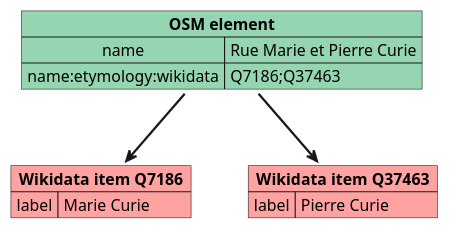
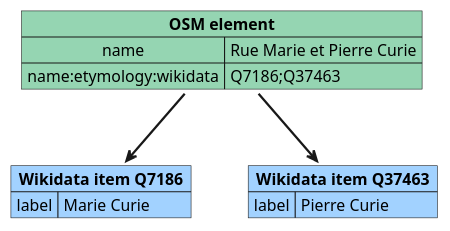
The diagram in images/data/osm_name_etymology.plantuml (Danysan1/osm-wikidata-map-framework), drawn with PlantUML before and after one commit. The commit also changed 29 other files, not shown here.

```diff
--- a/images/data/osm_name_etymology.plantuml
+++ b/images/data/osm_name_etymology.plantuml
@@ -1,18 +1,18 @@
 @startuml osm_name_etymology
 
 map "**OSM element**" as osmc #95d5b2 {
   name => Rue Marie et Pierre Curie
   name:etymology:wikidata => Q7186;Q37463
 }
 
-map "**Wikidata item Q7186**" as wikia #ffa2a2 {
+map "**Wikidata item Q7186**" as wikia #a2d2ff {
   label => Marie Curie
 }
-map "**Wikidata item Q37463**" as wikib #ffa2a2 {
+map "**Wikidata item Q37463**" as wikib #a2d2ff {
   label => Pierre Curie
 }
 
 osmc -[bold]-> wikia
 osmc -[bold]-> wikib
 
 @enduml
```
